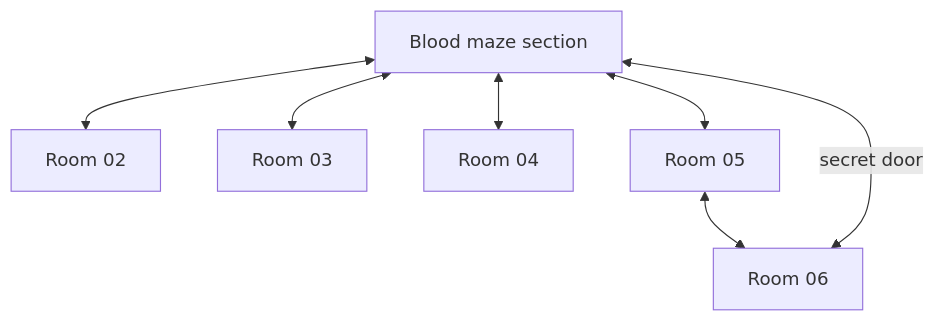
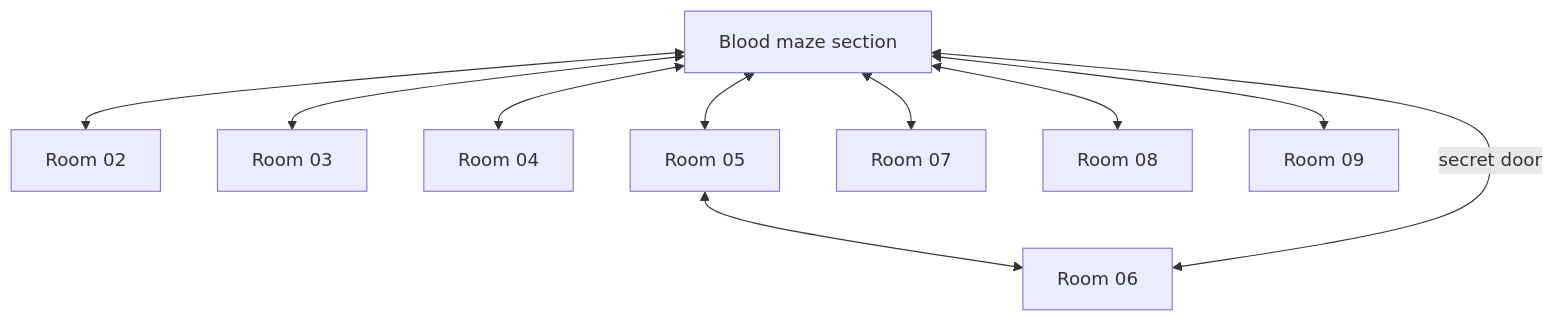
The third of 3 diagrams in Dungeon/Level_03/README.md (SlothBorg/Dungeon23), drawn with Mermaid before and after one commit. The commit also changed 4 other files, not shown here.

````diff
--- a/Dungeon/Level_03/README.md
+++ b/Dungeon/Level_03/README.md
@@ -23,8 +23,11 @@
 ```mermaid
 flowchart TD
     Blood[Blood maze section] <-->C2[Room 02]
     Blood <--> C3[Room 03]
     Blood <--> C4[Room 04]
     Blood <--> C5[Room 05] <--> C6[Room 06] <-- secret door --> Blood
+    Blood <--> C7[Room 07]
+    Blood <--> C8[Room 08]
+    Blood <--> C9[Room 09]
 
 ```
````
